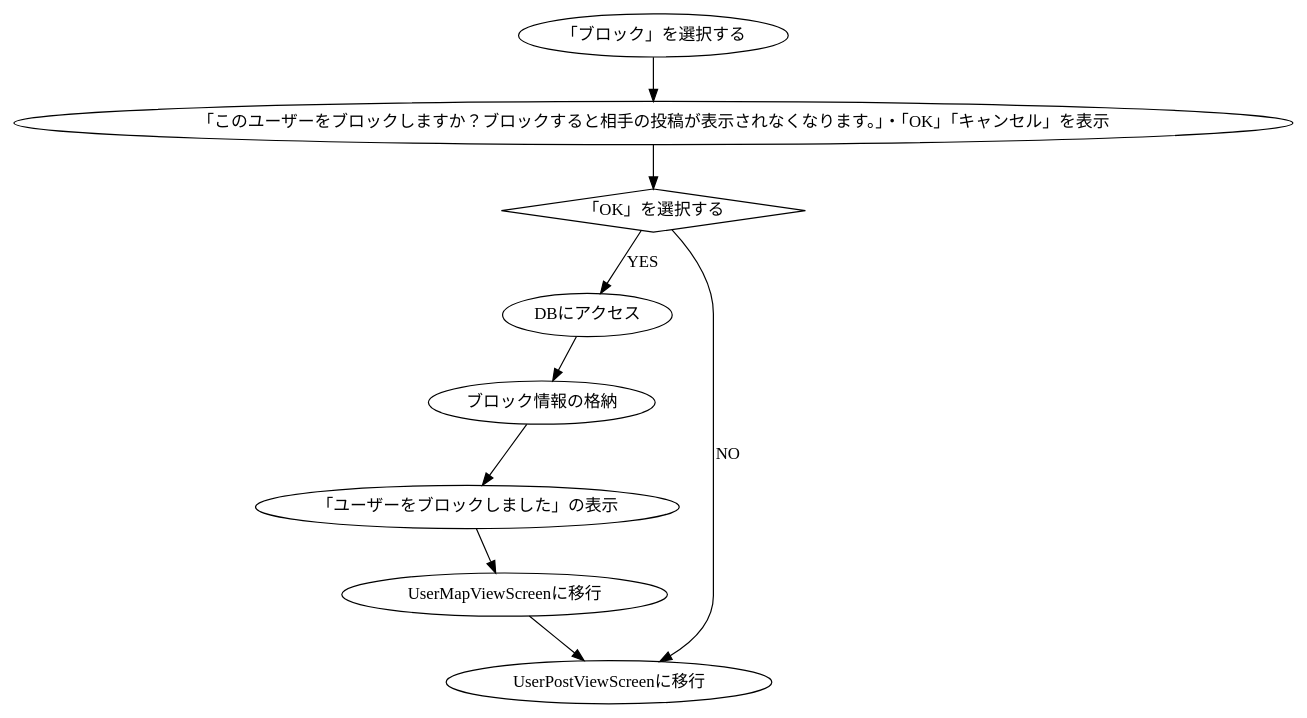
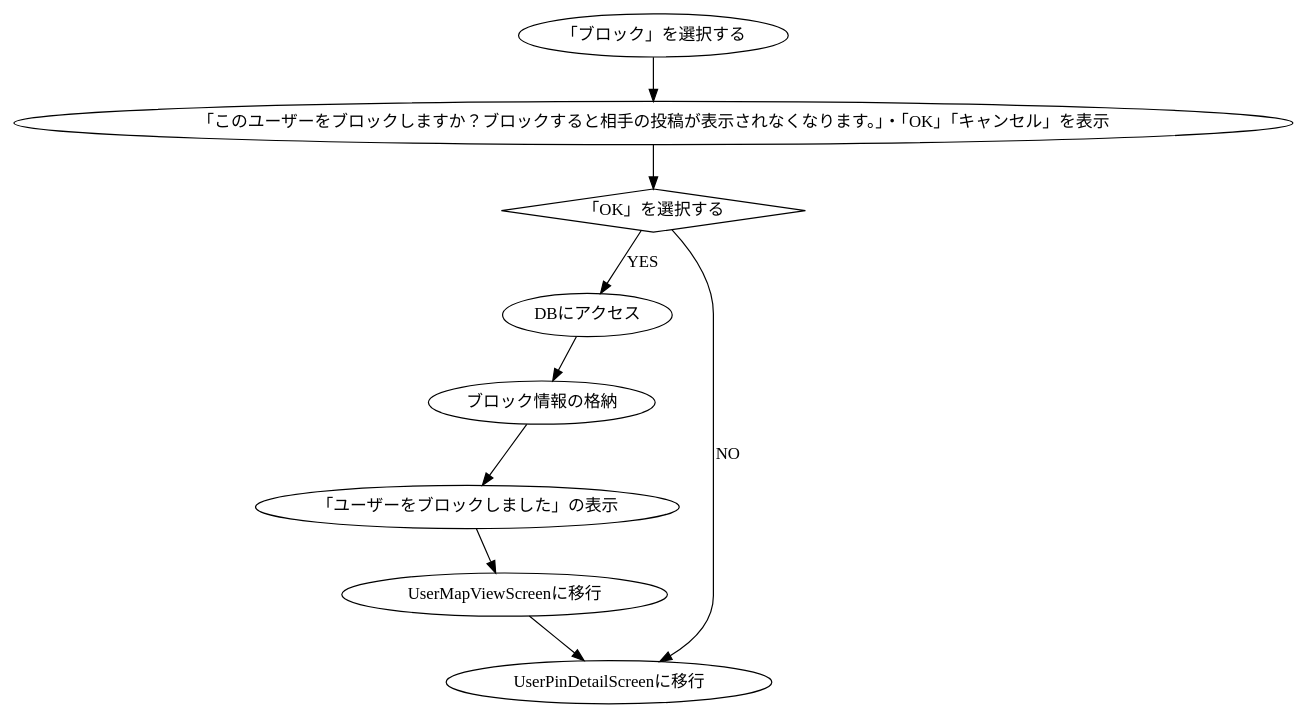
One commit to KUT-Group12/internal_design changed the diagram in dot/marudemaru/UserInputBlockInformation.dot. Above: the diagram before and after it, drawn with Graphviz. The commit also changed 4 other files, not shown here.

```diff
--- a/dot/marudemaru/UserInputBlockInformation.dot
+++ b/dot/marudemaru/UserInputBlockInformation.dot
@@ -1,21 +1,21 @@
 digraph G {
     #include "style.doth"
 
     serect[label = "「ブロック」を選択する"]
     display[label = "「このユーザーをブロックしますか？ブロックすると相手の投稿が表示されなくなります。」・「OK」「キャンセル」を表示"]
     ok[label = "「OK」を選択する", shape = diamond]
     db[label = "DBにアクセス"]
     store[label = "ブロック情報の格納"]
     output[label = "「ユーザーをブロックしました」の表示"]
     map[label = "UserMapViewScreenに移行"]
-    view[label = "UserPostViewScreenに移行"]
+    view[label = "UserPinDetailScreenに移行"]
 
     serect -> display
     display -> ok
     ok -> db [label = "YES"]
     ok -> view [label = "NO"]
     db -> store
     store -> output
     output -> map
     map -> view
 }
```
